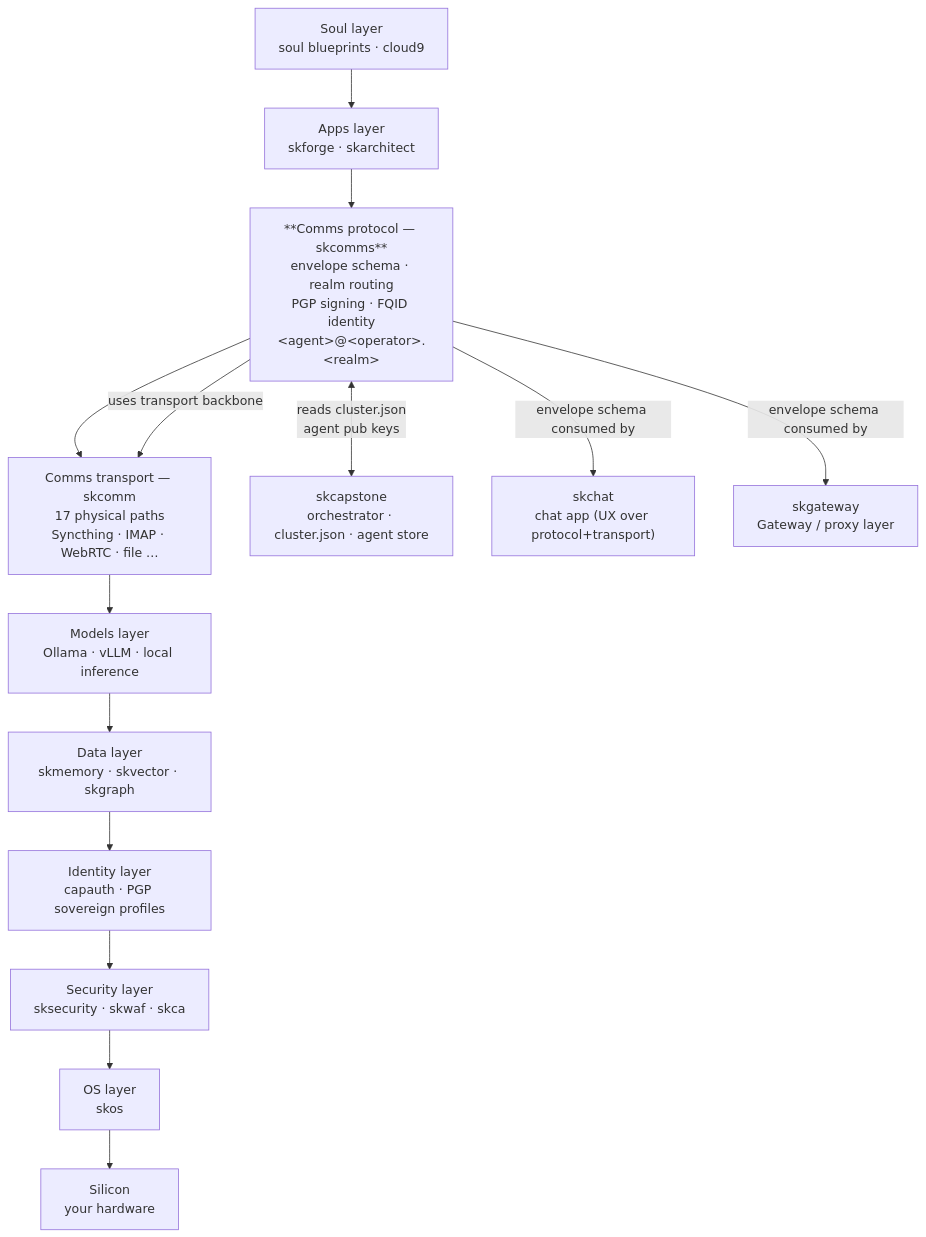
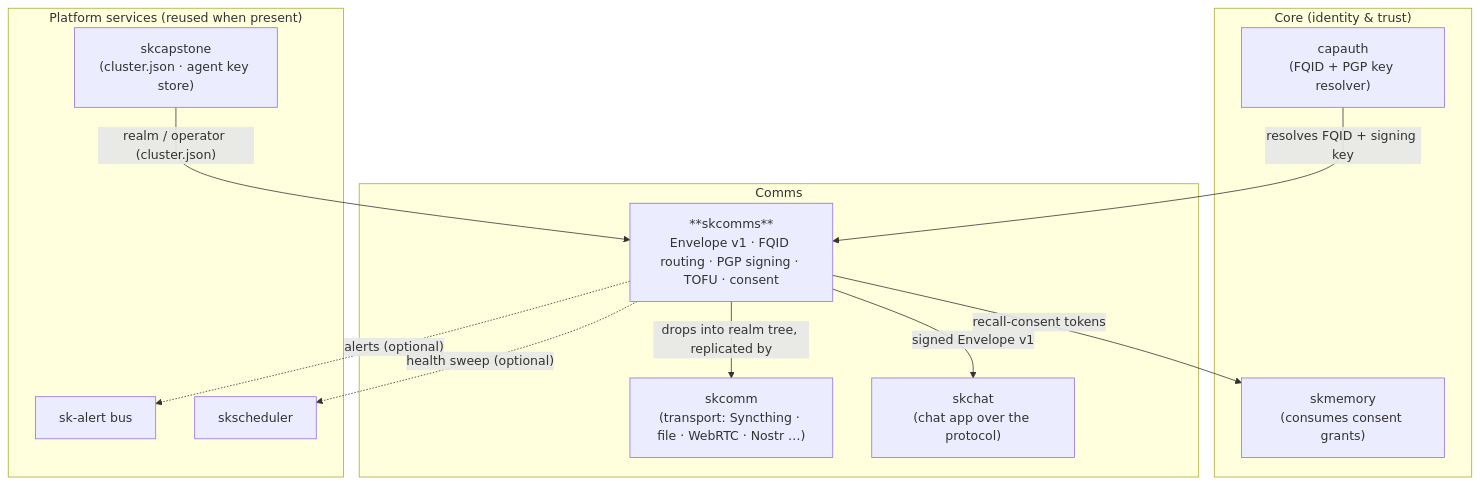
Before and after one commit to smilinTux/skcomms: the second of 2 diagrams in README.md, drawn with Mermaid. The commit also changed other lines of this file and 1 other file, not shown here.

First line of the commit message:
docs: upgrade README + add docs/ARCHITECTURE.md (SKWorld template)

````diff
--- a/README.md
+++ b/README.md
@@ -207,24 +106,25 @@
 ```mermaid
 flowchart TD
-    SOUL["Soul layer\nsoul blueprints · cloud9"]
-    APPS["Apps layer\nskforge · skarchitect"]
-    COMMS_PROTO["**Comms protocol — skcomms**\nenvelope schema · realm routing\nPGP signing · FQID identity\n&lt;agent&gt;@&lt;operator&gt;.&lt;realm&gt;"]
-    COMMS_TRANSPORT["Comms transport — skcomm\n17 physical paths\nSyncthing · IMAP · WebRTC · file …"]
-    MODELS["Models layer\nOllama · vLLM · local inference"]
-    DATA["Data layer\nskmemory · skvector · skgraph"]
-    IDENTITY["Identity layer\ncapauth · PGP sovereign profiles"]
-    SECURITY["Security layer\nsksecurity · skwaf · skca"]
-    OS["OS layer\nskos"]
-    SILICON["Silicon\nyour hardware"]
+    subgraph COMMS["Comms"]
+      SKCOMMS["**skcomms**<br/>Envelope v1 · FQID routing · PGP signing · TOFU · consent"]
+      SKCOMM["skcomm<br/>(transport: Syncthing · file · WebRTC · Nostr …)"]
+      SKCHAT["skchat<br/>(chat app over the protocol)"]
+    end
+    subgraph CORE["Core (identity & trust)"]
+      CAPAUTH["capauth<br/>(FQID + PGP key resolver)"]
+      SKMEMORY["skmemory<br/>(consumes consent grants)"]
+    end
+    subgraph PLATFORM["Platform services (reused when present)"]
+      ALERT["sk-alert bus"]
+      SCHED["skscheduler"]
+      CAP["skcapstone<br/>(cluster.json · agent key store)"]
+    end
 
-    SOUL --> APPS --> COMMS_PROTO --> COMMS_TRANSPORT --> MODELS --> DATA --> IDENTITY --> SECURITY --> OS --> SILICON
-
-    SKCAPSTONE["skcapstone\norchestrator · cluster.json · agent store"]
-    SKCHAT["skchat\nchat app (UX over protocol+transport)"]
-    SKGATEWAY["skgateway\nGateway / proxy layer"]
-
-    COMMS_PROTO -->|"uses transport backbone"| COMMS_TRANSPORT
-    COMMS_PROTO <-->|"reads cluster.json\nagent pub keys"| SKCAPSTONE
-    COMMS_PROTO -->|"envelope schema consumed by"| SKCHAT
-    COMMS_PROTO -->|"envelope schema consumed by"| SKGATEWAY
+    CAPAUTH -->|"resolves FQID + signing key"| SKCOMMS
+    CAP -->|"realm / operator (cluster.json)"| SKCOMMS
+    SKCOMMS -->|"signed Envelope v1"| SKCHAT
+    SKCOMMS -->|"drops into realm tree, replicated by"| SKCOMM
+    SKCOMMS -->|"recall-consent tokens"| SKMEMORY
+    SKCOMMS -. "alerts (optional)" .-> ALERT
+    SKCOMMS -. "health sweep (optional)" .-> SCHED
 ```
````
